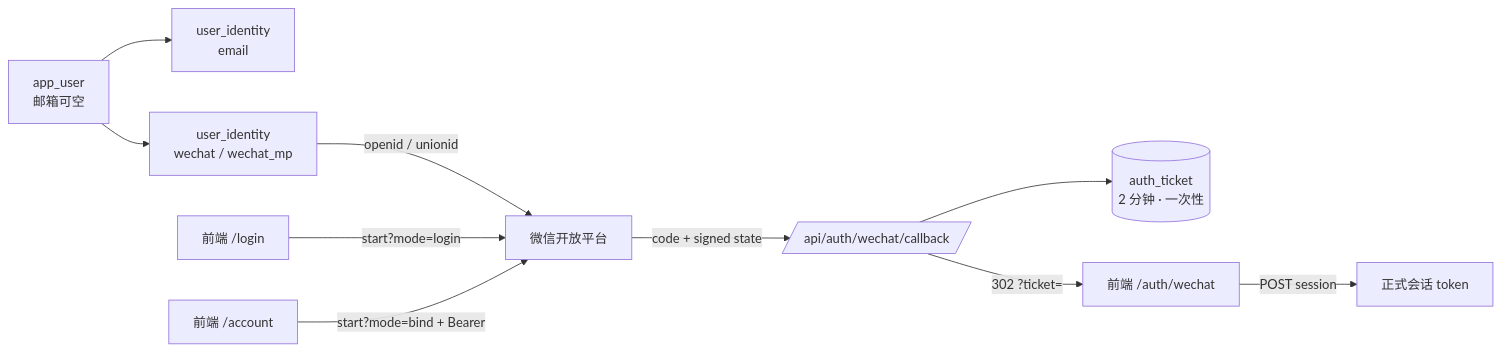
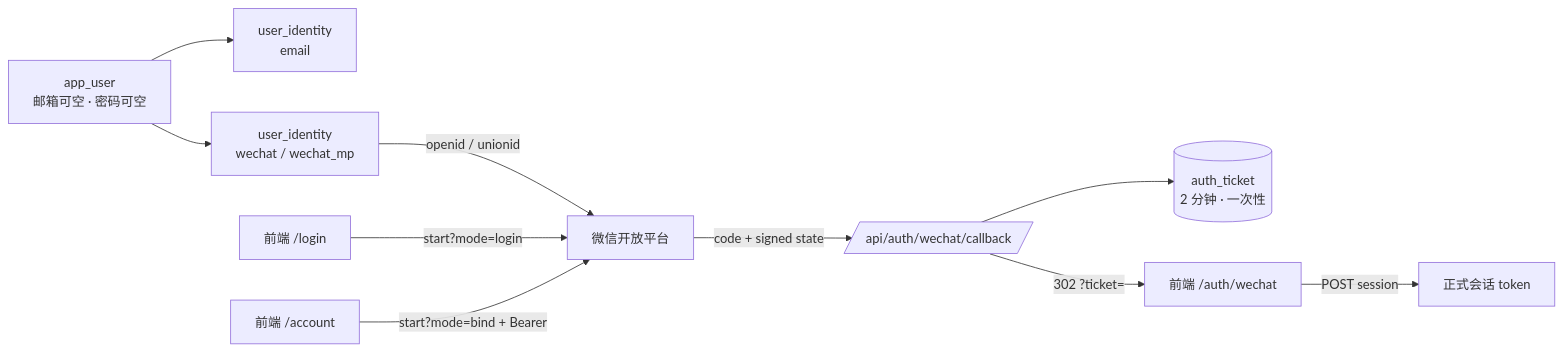
The tenth of 12 diagrams in docs/architecture.md (yJ2018/ticai), drawn with Mermaid before and after one commit. The commit also changed other lines of this file and 73 other files, not shown here.

````diff
--- a/docs/architecture.md
+++ b/docs/architecture.md
@@ -744,12 +760,12 @@
 ```mermaid
 flowchart LR
-    U[app_user<br/>邮箱可空] --> I1[user_identity<br/>email]
+    U[app_user<br/>邮箱可空 · 密码可空] --> I1[user_identity<br/>email]
     U --> I2[user_identity<br/>wechat / wechat_mp]
     I2 -->|openid / unionid| W[微信开放平台]
     A[前端 /login] -->|start?mode=login| W
     B[前端 /account] -->|start?mode=bind + Bearer| W
     W -->|code + signed state| C[/api/auth/wechat/callback/]
     C --> T[(auth_ticket<br/>2 分钟 · 一次性)]
     C -->|302 ?ticket=| D[前端 /auth/wechat]
     D -->|POST session| E[正式会话 token]
 ```
````
